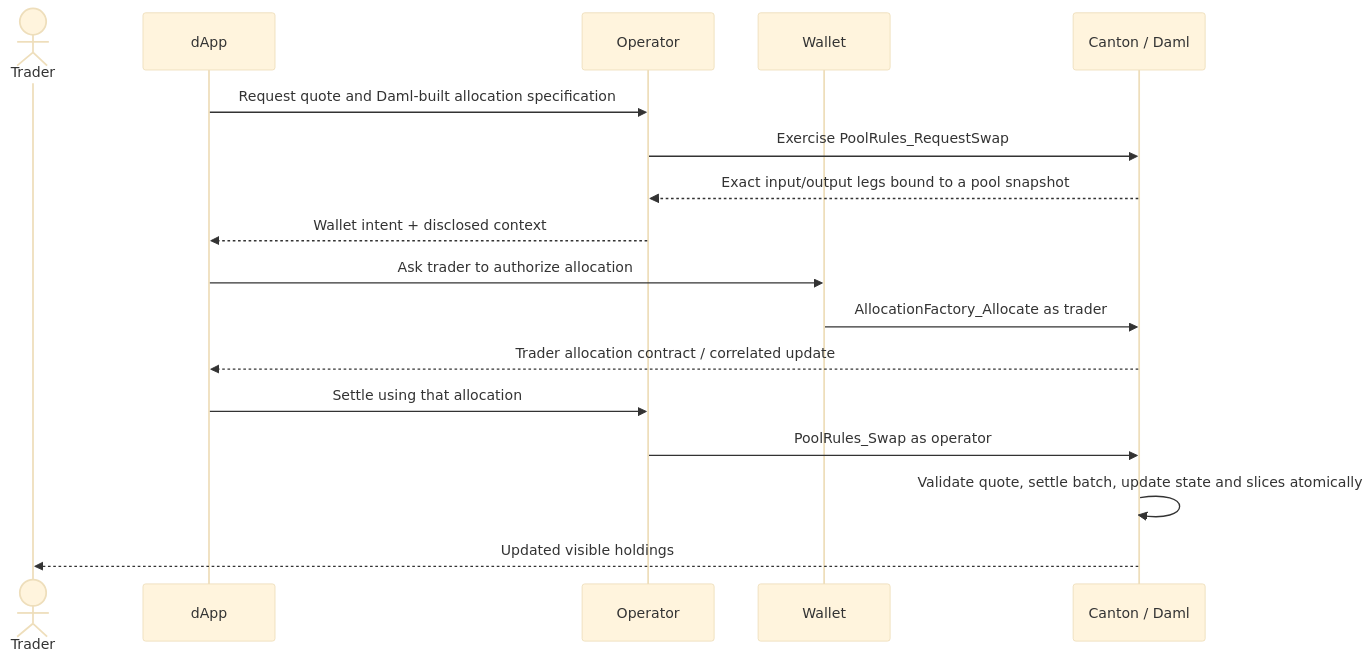
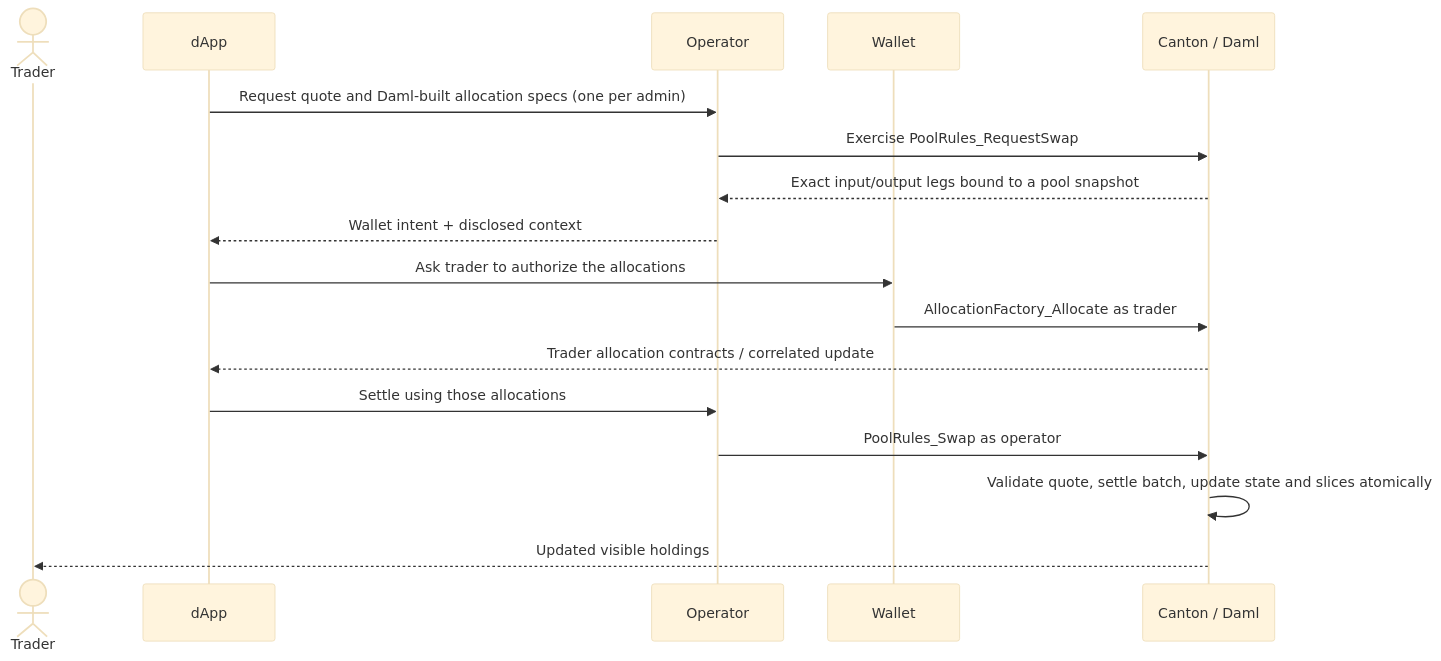
Before and after one commit to srikanth-bitdynamics/Canton-Dex-Reference-Implementation: the second of 2 diagrams in docs/concepts/canton-daml-primer.md, drawn with Mermaid (base theme). The commit also changed 18 other files, not shown here.

````diff
--- a/docs/concepts/canton-daml-primer.md
+++ b/docs/concepts/canton-daml-primer.md
@@ -239,19 +239,19 @@
 ```mermaid
 sequenceDiagram
   actor T as Trader
   participant D as dApp
   participant O as Operator
   participant W as Wallet
   participant L as Canton / Daml
-  D->>O: Request quote and Daml-built allocation specification
+  D->>O: Request quote and Daml-built allocation specs (one per admin)
   O->>L: Exercise PoolRules_RequestSwap
   L-->>O: Exact input/output legs bound to a pool snapshot
   O-->>D: Wallet intent + disclosed context
-  D->>W: Ask trader to authorize allocation
+  D->>W: Ask trader to authorize the allocations
   W->>L: AllocationFactory_Allocate as trader
-  L-->>D: Trader allocation contract / correlated update
-  D->>O: Settle using that allocation
+  L-->>D: Trader allocation contracts / correlated update
+  D->>O: Settle using those allocations
   O->>L: PoolRules_Swap as operator
   L->>L: Validate quote, settle batch, update state and slices atomically
   L-->>T: Updated visible holdings
 ```
````
